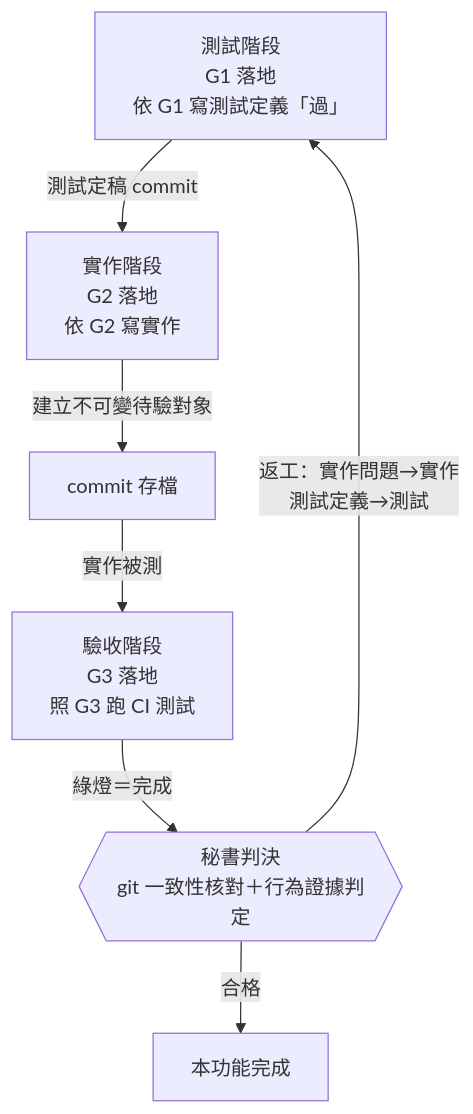
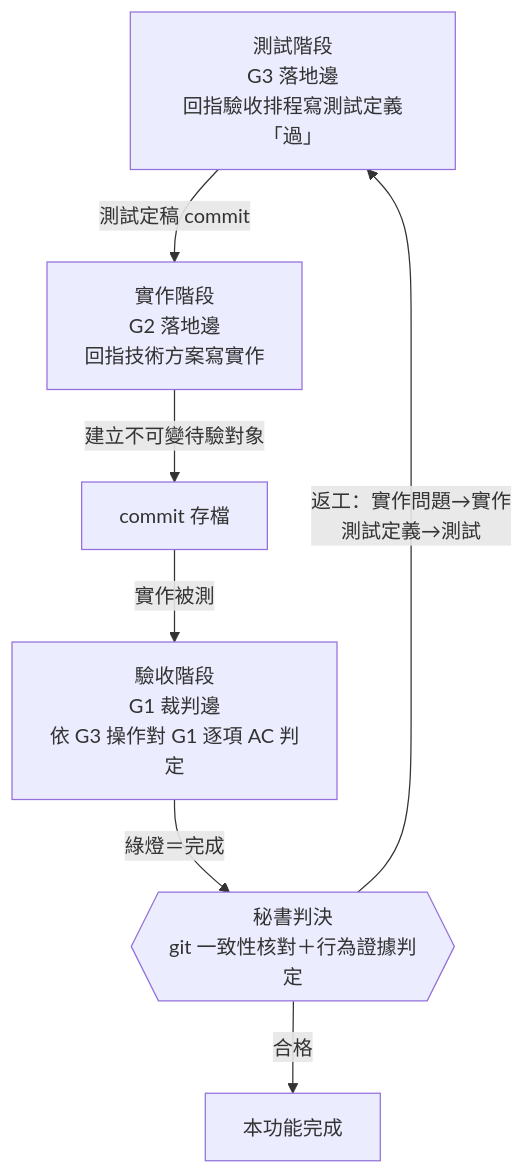
The seventh of 8 diagrams in skills/shiftblame/SKILL.md (teps3105/shiftblame), drawn with Mermaid before and after one commit. The commit also changed other lines of this file and 21 other files, not shown here.

````diff
--- a/skills/shiftblame/SKILL.md
+++ b/skills/shiftblame/SKILL.md
@@ -259,9 +259,9 @@
 ```mermaid
 flowchart TB
-    TST["測試階段<br/>G1 落地<br/>依 G1 寫測試定義「過」"] -->|測試定稿 commit| DEV["實作階段<br/>G2 落地<br/>依 G2 寫實作"]
+    TST["測試階段<br/>G3 落地邊<br/>回指驗收排程寫測試定義「過」"] -->|測試定稿 commit| DEV["實作階段<br/>G2 落地邊<br/>回指技術方案寫實作"]
     DEV -->|建立不可變待驗對象| Commit["commit 存檔"]
-    Commit -->|實作被測| ACC["驗收階段<br/>G3 落地<br/>照 G3 跑 CI 測試"]
+    Commit -->|實作被測| ACC["驗收階段<br/>G1 裁判邊<br/>依 G3 操作對 G1 逐項 AC 判定"]
     ACC -->|綠燈＝完成| Judge{{"秘書判決<br/>git 一致性核對＋行為證據判定"}}
     Judge -->|合格| Done["本功能完成"]
     Judge -->|"返工：實作問題→實作<br/>測試定義→測試"| TST
 ```
````
